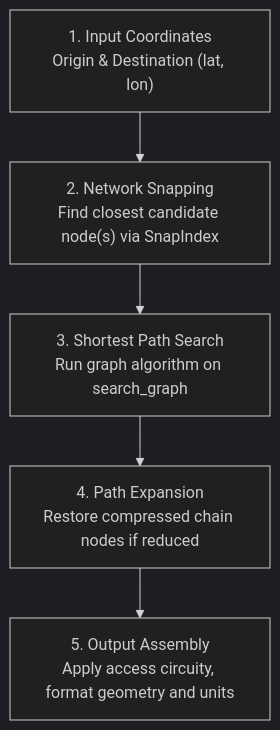
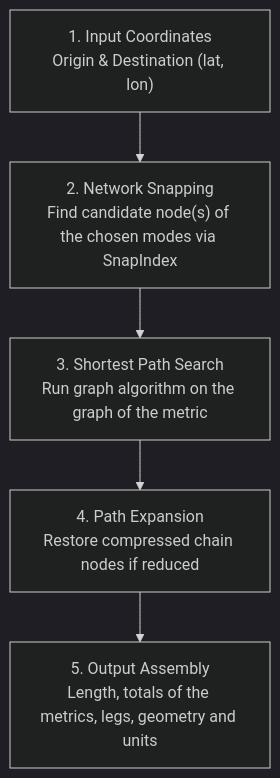
The second of 4 diagrams in ARCHITECTURE.md (connor-makowski/scgraph), drawn with Mermaid (dark theme) before and after one commit. The commit also changed other lines of this file and 4 other files, not shown here.

First line of the commit message:
Document the metrics of a network (#287)

````diff
--- a/ARCHITECTURE.md
+++ b/ARCHITECTURE.md
@@ -157,7 +171,7 @@
 ```mermaid
 flowchart TD
-    A["1. Input Coordinates<br/>Origin & Destination (lat, lon)"] --> B["2. Network Snapping<br/>Find closest candidate node(s) via SnapIndex"]
-    B --> C["3. Shortest Path Search<br/>Run graph algorithm on search_graph"]
+    A["1. Input Coordinates<br/>Origin & Destination (lat, lon)"] --> B["2. Network Snapping<br/>Find candidate node(s) of the chosen modes via SnapIndex"]
+    B --> C["3. Shortest Path Search<br/>Run graph algorithm on the graph of the metric"]
     C --> D["4. Path Expansion<br/>Restore compressed chain nodes if reduced"]
-    D --> E["5. Output Assembly<br/>Apply access circuity, format geometry and units"]
+    D --> E["5. Output Assembly<br/>Length, totals of the metrics, legs, geometry and units"]
 ```
````
